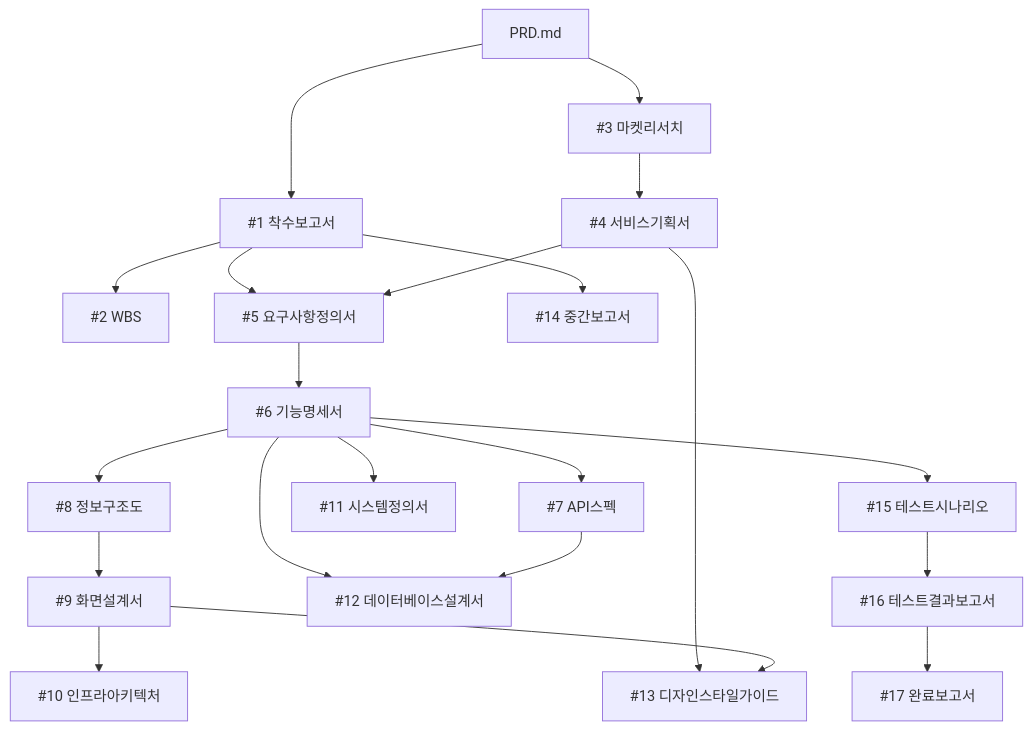
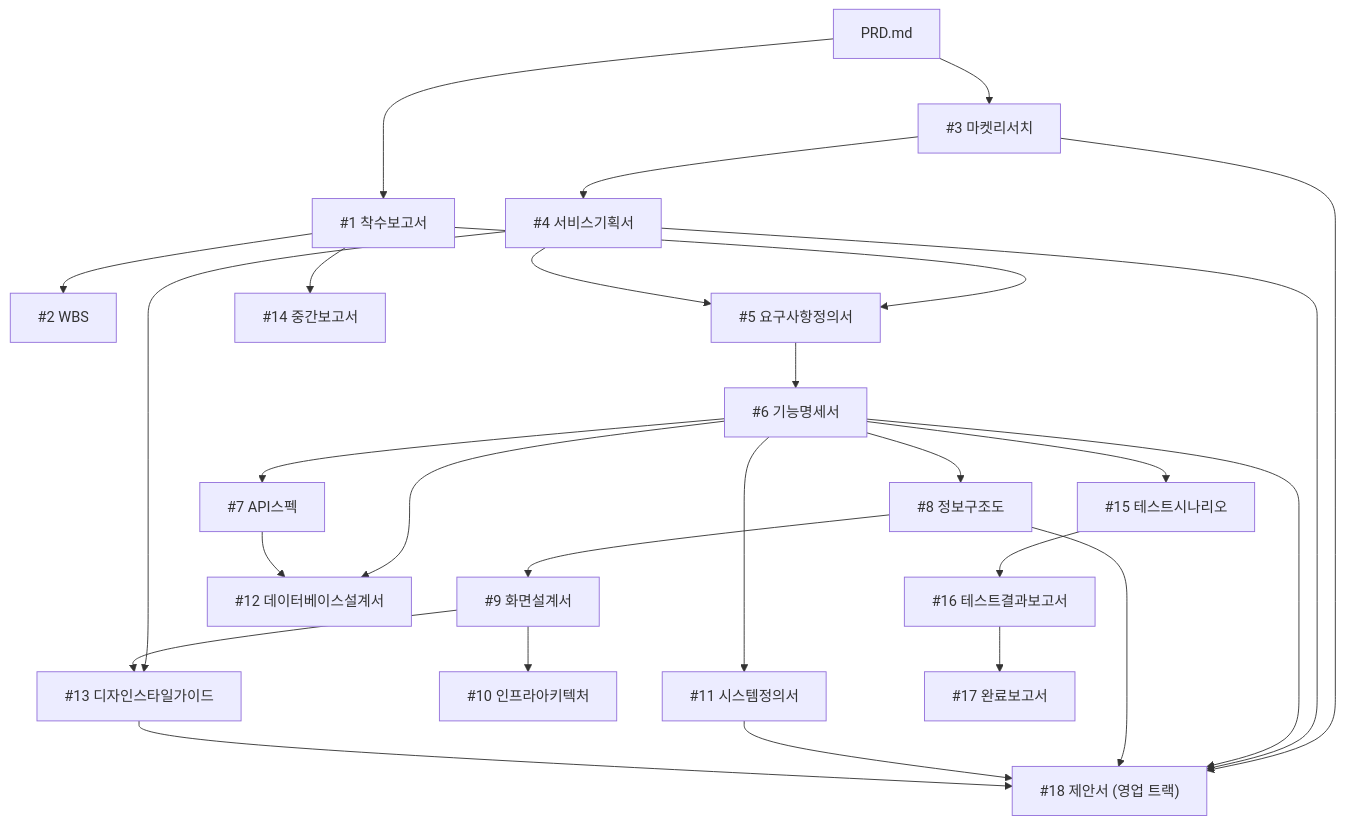
Before and after one commit to liqikon/framework: the diagram in 02.AP-Framework-V0.42/CLAUDE.template.md, drawn with Mermaid. The commit also changed other lines of this file and 6 other files, not shown here.

````diff
--- a/02.AP-Framework-V0.42/CLAUDE.template.md
+++ b/02.AP-Framework-V0.42/CLAUDE.template.md
@@ -88,23 +104,25 @@
 ```mermaid
 graph TD
     README[PRD.md] --> D1["#1 착수보고서"]
     D1 --> D2["#2 WBS"]
     README --> D3["#3 마켓리서치"]
     D3 --> D4["#4 서비스기획서"]
     D1 & D4 --> D5["#5 요구사항정의서"]
     D5 --> D6["#6 기능명세서"]
 
     D6 --> D7["#7 API스펙"]
     D6 --> D8["#8 정보구조도"]
     D6 --> D11["#11 시스템정의서"]
     D6 --> D15["#15 테스트시나리오"]
     D8 --> D9["#9 화면설계서"]
 
     D9 --> D10["#10 인프라아키텍처"]
     D6 & D7 --> D12["#12 데이터베이스설계서"]
     D4 & D9 --> D13["#13 디자인스타일가이드"]
 
     D1 --> D14["#14 중간보고서"]
     D15 --> D16["#16 테스트결과보고서"]
     D16 --> D17["#17 완료보고서"]
+
+    D3 & D4 & D6 & D8 & D11 & D13 --> D18["#18 제안서 (영업 트랙)"]
 ```
````
